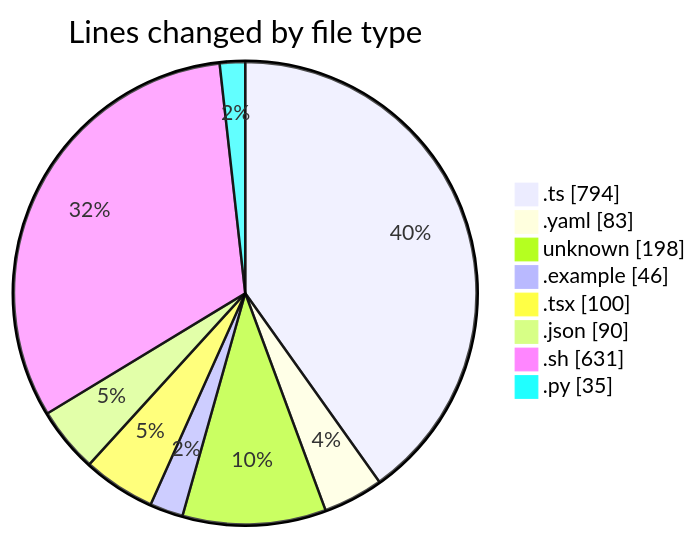
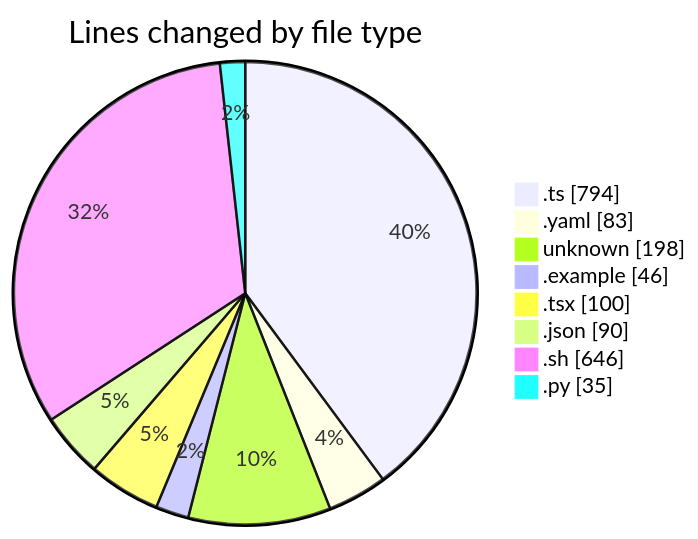
Before and after one commit to mevix1/code-tracking: the first of 2 diagrams in 2025-10-01/open-health/README.md, drawn with Mermaid. The commit also changed other lines of this file and 1 other file, not shown here.

````diff
--- a/2025-10-01/open-health/README.md
+++ b/2025-10-01/open-health/README.md
@@ -52,12 +53,12 @@
 ```mermaid
 pie showData
 title Lines changed by file type
 ".ts" : 794
 ".yaml" : 83
 "unknown" : 198
 ".example" : 46
 ".tsx" : 100
 ".json" : 90
-".sh" : 631
+".sh" : 646
 ".py" : 35
 ```
````
